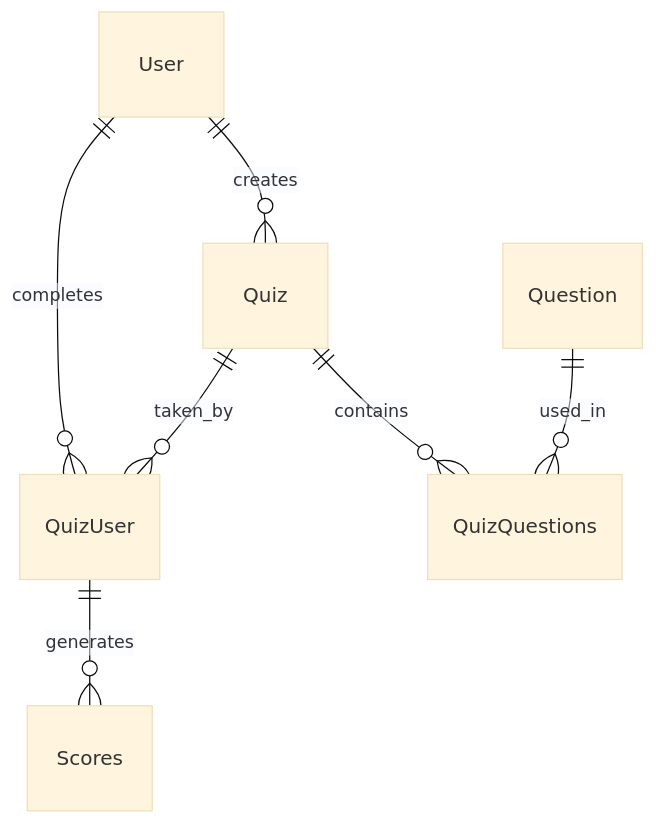
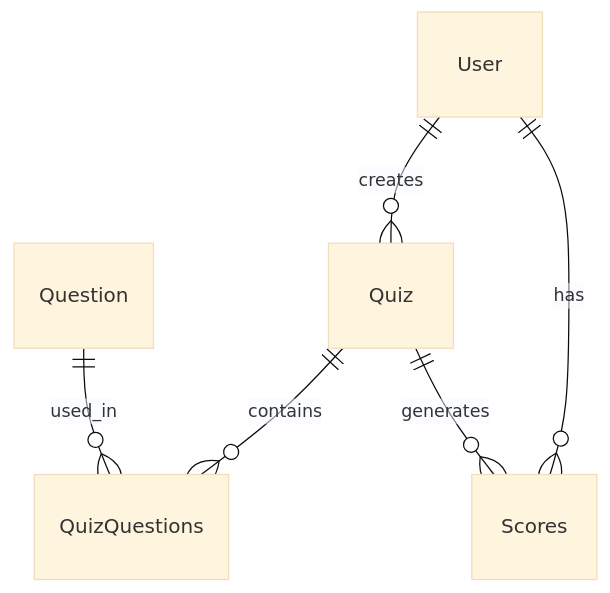
Before and after one commit to Baravik/DecisionHelperApp: the diagram in System_Design_Document.md, drawn with Mermaid (base theme). The commit also changed other lines of this file and 1 other file, not shown here.

````diff
--- a/System_Design_Document.md
+++ b/System_Design_Document.md
@@ -413,9 +375,8 @@
 ```mermaid
 erDiagram
     User ||--o{ Quiz : creates
-    User ||--o{ QuizUser : completes
     Quiz ||--o{ QuizQuestions : contains
-    Quiz ||--o{ QuizUser : taken_by
     Question ||--o{ QuizQuestions : used_in
-    QuizUser ||--o{ Scores : generates
+    User ||--o{ Scores : has
+    Quiz ||--o{ Scores : generates
 ```
````
